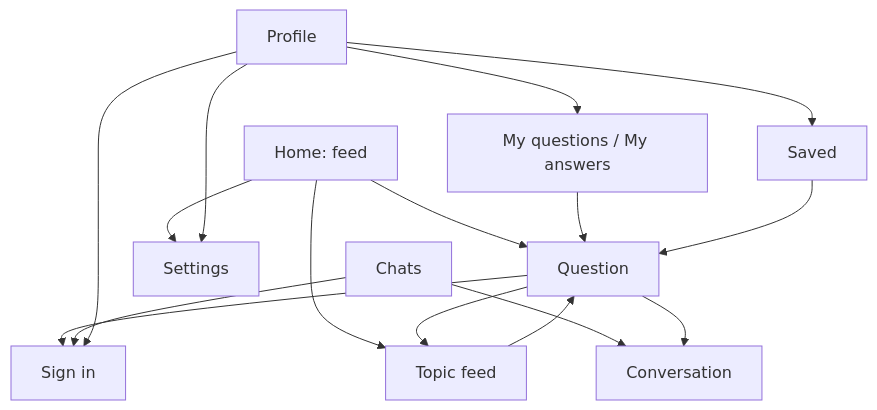
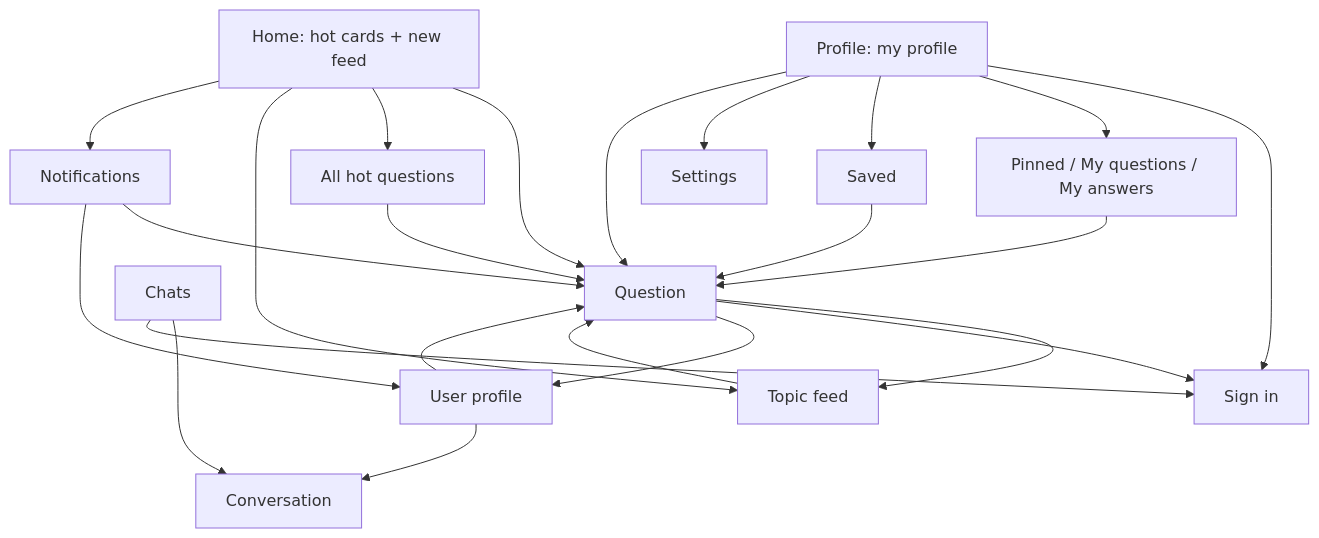
Before and after one commit to EyalShimshi/better-stips: the diagram in SPEC-02-design.md, drawn with Mermaid. The commit also changed other lines of this file and 39 other files, not shown here.

First line of the commit message:
Stips+ v0.2: profiles, notifications, pins and a reworked Home and question

````diff
--- a/SPEC-02-design.md
+++ b/SPEC-02-design.md
@@ -27,18 +27,25 @@
 ```mermaid
 flowchart TD
-  Home[Home: feed] --> Q[Question]
+  Home[Home: hot cards + new feed] --> Q[Question]
+  Home --> Hot[All hot questions]
   Home --> Topic[Topic feed]
-  Home --> Settings
+  Home --> Notif[Notifications]
+  Notif --> Q
+  Notif --> User[User profile]
   Q --> Topic
   Q --> SignIn[Sign in]
+  Q --> User
   Chats --> Conv[Conversation]
   Chats --> SignIn
-  Profile --> SignIn
-  Profile --> Mine[My questions / My answers]
+  Profile[Profile: my profile] --> SignIn
+  Profile --> Mine[Pinned / My questions / My answers]
   Profile --> Saved
   Profile --> Settings
+  Profile --> Q
+  User --> Conv
+  User --> Q
   Mine --> Q
   Saved --> Q
   Topic --> Q
-  Q --> Conv
+  Hot --> Q
 ```
````
